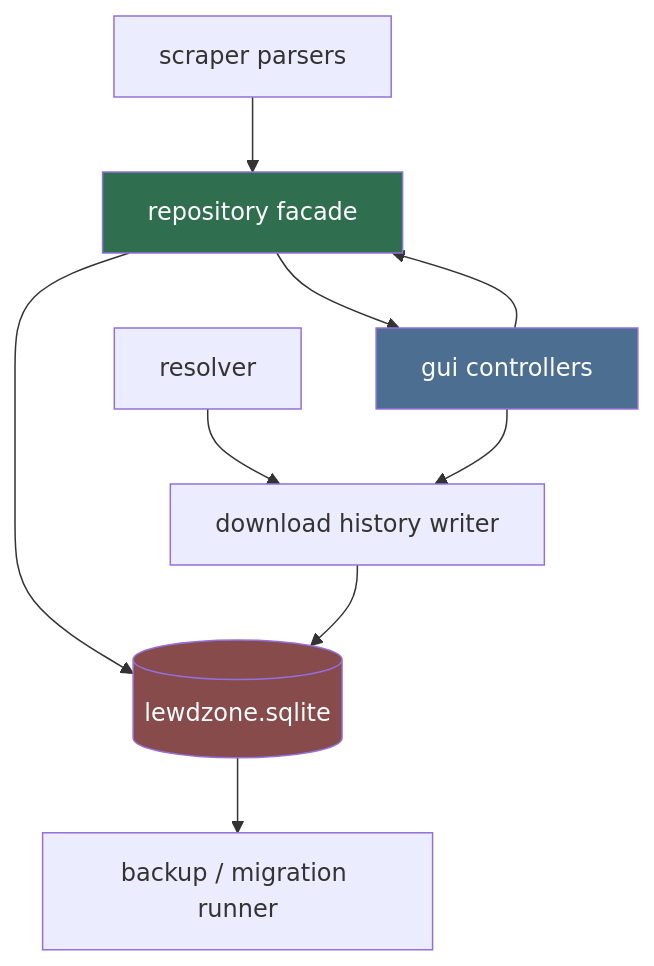
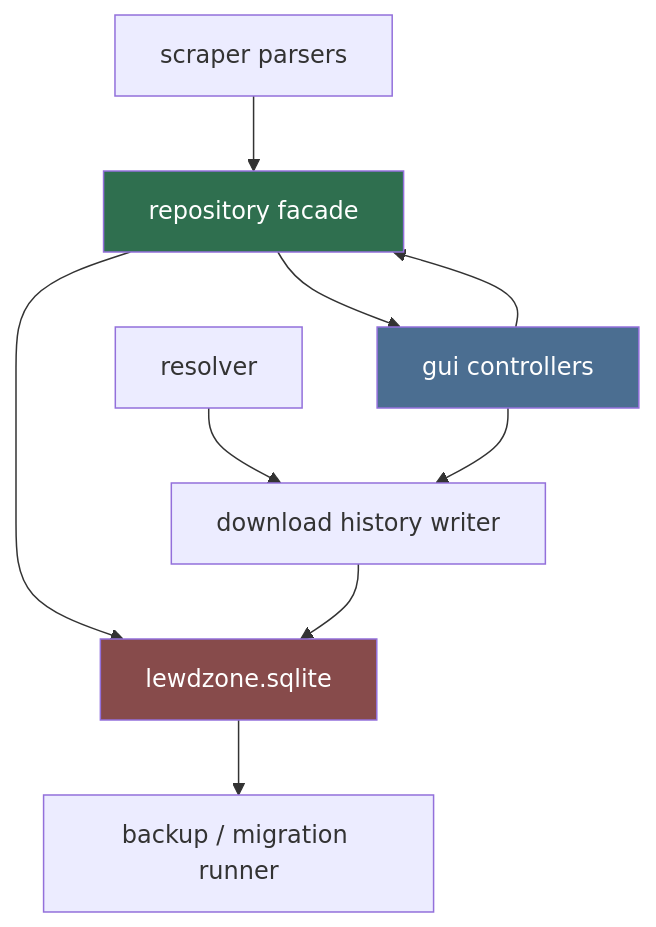
Before and after one commit to HELIX-Origin/LewdZone-Launcher: the first of 2 diagrams in .agents/agents/database/database.md, drawn with Mermaid. The commit also changed 35 other files, not shown here.

First line of the commit message:
🎨 fix(agents): make all mermaid diagrams Rule 09 compliant

````diff
--- a/.agents/agents/database/database.md
+++ b/.agents/agents/database/database.md
@@ -22,15 +22,15 @@
 ```mermaid
 flowchart TD
     S[scraper parsers] --> R[repository facade]
-    R --> DB[(lewdzone.sqlite)]
+    R --> DB["lewdzone.sqlite"]
     Res[resolver] --> H[download history writer]
     H --> DB
     G[gui controllers] --> R
     G --> H
     R --> G
-    DB --> B[backup / migration runner]
+    DB --> B["backup / migration runner"]
 
     style DB fill:#874b4b,color:#fff
     style R fill:#2f6f4f,color:#fff
     style G fill:#4b6e91,color:#fff
 ```
````
